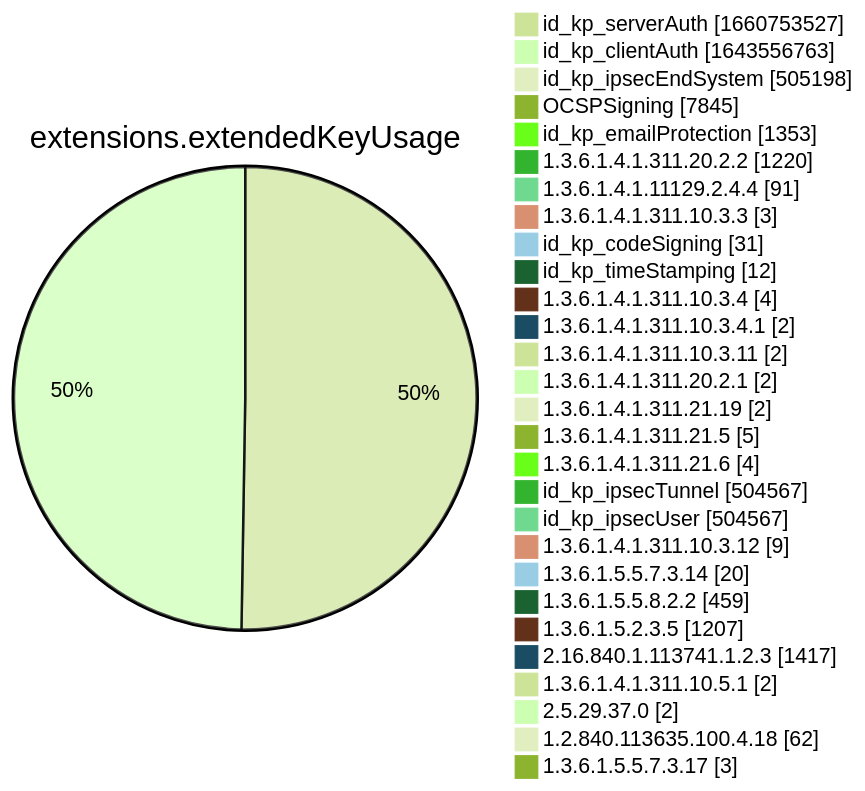
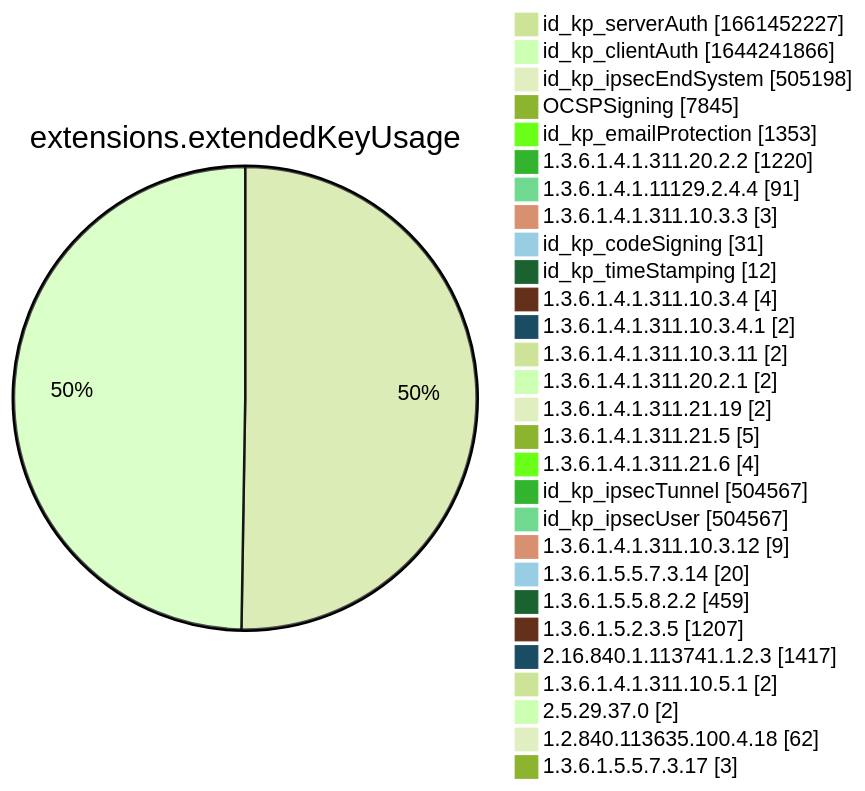
Diagram 12 of 15 in xenon2022/README.md (christiankrug/ctmonitor_visualization), drawn with Mermaid (forest theme) before and after one commit. The commit also changed other lines of this file, not shown here.

````diff
--- a/xenon2022/README.md
+++ b/xenon2022/README.md
@@ -3887,32 +3887,32 @@
 ```mermaid
 pie showData
 title extensions.extendedKeyUsage
-"id_kp_serverAuth" :1660753527
-"id_kp_clientAuth" :1643556763
+"id_kp_serverAuth" :1661452227
+"id_kp_clientAuth" :1644241866
 "id_kp_ipsecEndSystem" :505198
 "OCSPSigning" :7845
 "id_kp_emailProtection" :1353
 "1.3.6.1.4.1.311.20.2.2" :1220
 "1.3.6.1.4.1.11129.2.4.4" :91
 "1.3.6.1.4.1.311.10.3.3" :3
 "id_kp_codeSigning" :31
 "id_kp_timeStamping" :12
 "1.3.6.1.4.1.311.10.3.4" :4
 "1.3.6.1.4.1.311.10.3.4.1" :2
 "1.3.6.1.4.1.311.10.3.11" :2
 "1.3.6.1.4.1.311.20.2.1" :2
 "1.3.6.1.4.1.311.21.19" :2
 "1.3.6.1.4.1.311.21.5" :5
 "1.3.6.1.4.1.311.21.6" :4
 "id_kp_ipsecTunnel" :504567
 "id_kp_ipsecUser" :504567
 "1.3.6.1.4.1.311.10.3.12" :9
 "1.3.6.1.5.5.7.3.14" :20
 "1.3.6.1.5.5.8.2.2" :459
 "1.3.6.1.5.2.3.5" :1207
 "2.16.840.1.113741.1.2.3" :1417
 "1.3.6.1.4.1.311.10.5.1" :2
 "2.5.29.37.0" :2
 "1.2.840.113635.100.4.18" :62
 "1.3.6.1.5.5.7.3.17" :3
 ```
````
